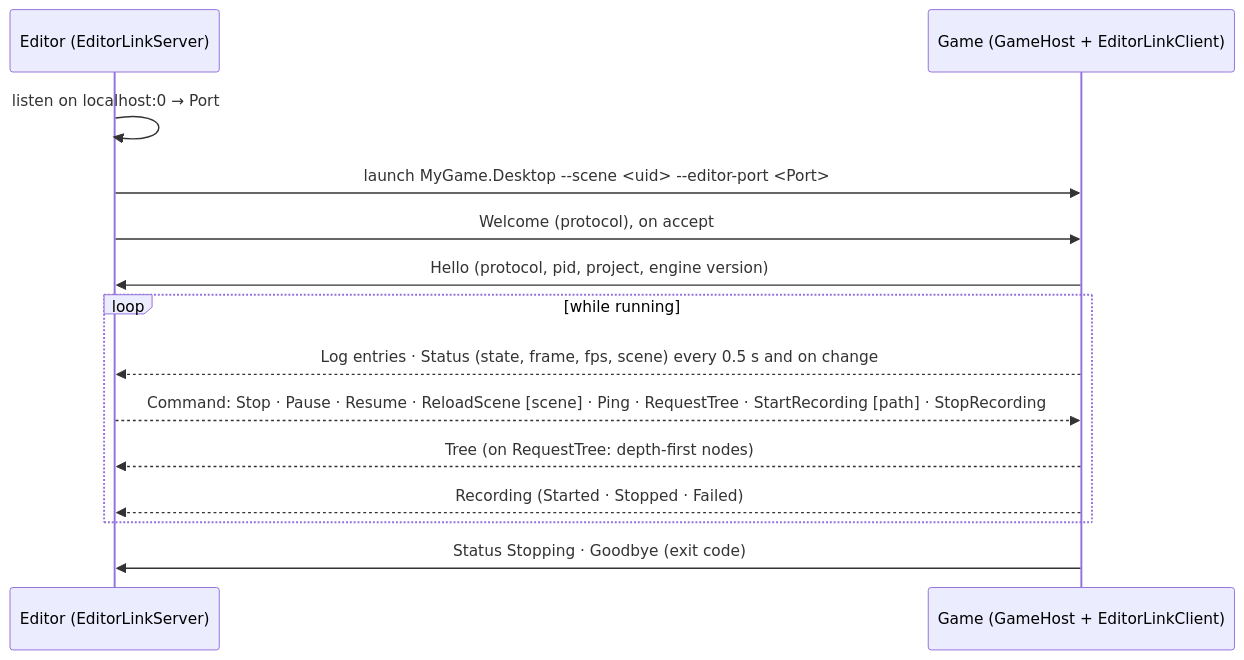
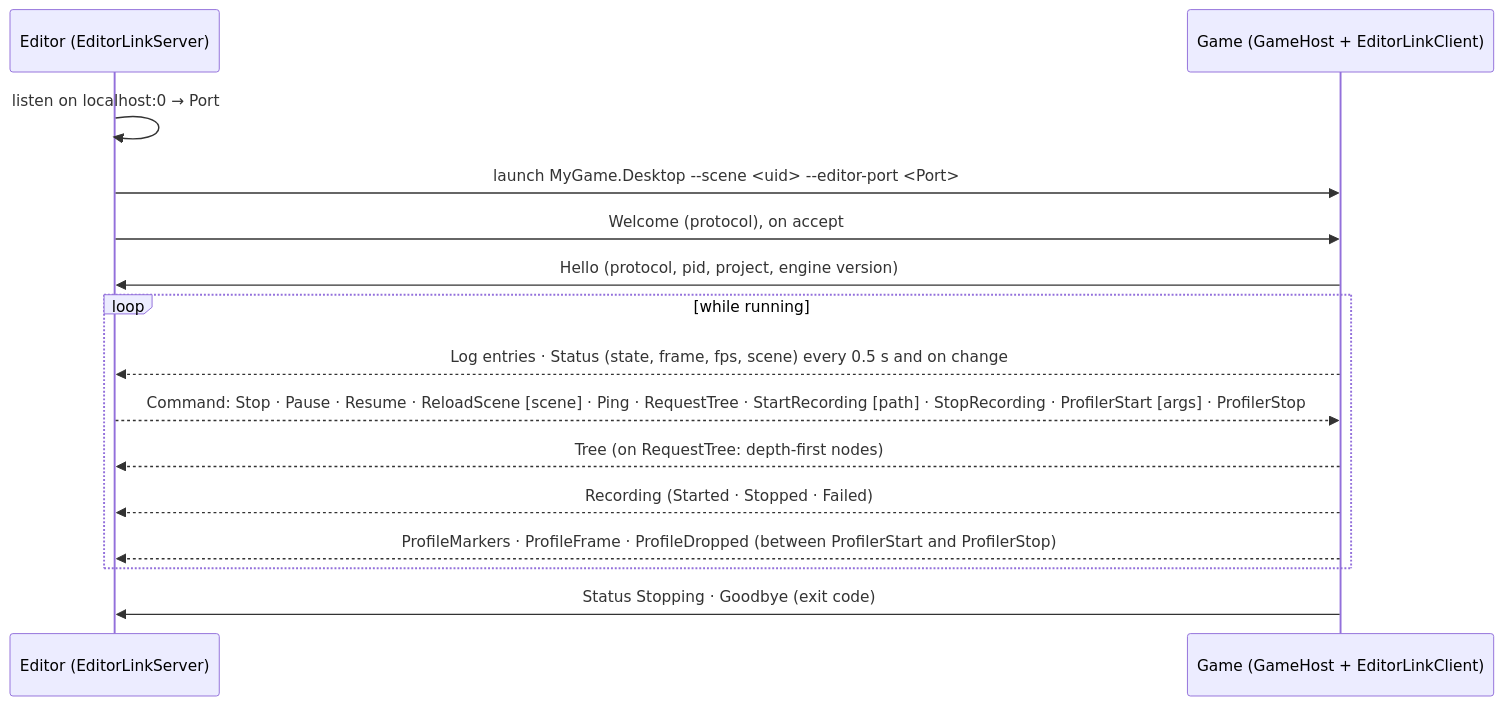
Before and after one commit to Mainframe-Games/mainframe-engine: the second of 2 diagrams in docs/design/project-and-gamehost.md, drawn with Mermaid. The commit also changed other lines of this file and 475 other files, not shown here.

````diff
--- a/docs/design/project-and-gamehost.md
+++ b/docs/design/project-and-gamehost.md
@@ -522,16 +557,17 @@
 ```mermaid
 sequenceDiagram
     participant E as Editor (EditorLinkServer)
     participant G as Game (GameHost + EditorLinkClient)
     E->>E: listen on localhost:0 → Port
     E->>G: launch MyGame.Desktop --scene <uid> --editor-port <Port>
     E->>G: Welcome (protocol), on accept
     G->>E: Hello (protocol, pid, project, engine version)
     loop while running
         G-->>E: Log entries · Status (state, frame, fps, scene) every 0.5 s and on change
-        E-->>G: Command: Stop · Pause · Resume · ReloadScene [scene] · Ping · RequestTree · StartRecording [path] · StopRecording
+        E-->>G: Command: Stop · Pause · Resume · ReloadScene [scene] · Ping · RequestTree · StartRecording [path] · StopRecording · ProfilerStart [args] · ProfilerStop
         G-->>E: Tree (on RequestTree: depth-first nodes)
         G-->>E: Recording (Started · Stopped · Failed)
+        G-->>E: ProfileMarkers · ProfileFrame · ProfileDropped (between ProfilerStart and ProfilerStop)
     end
     G->>E: Status Stopping · Goodbye (exit code)
 ```
````
